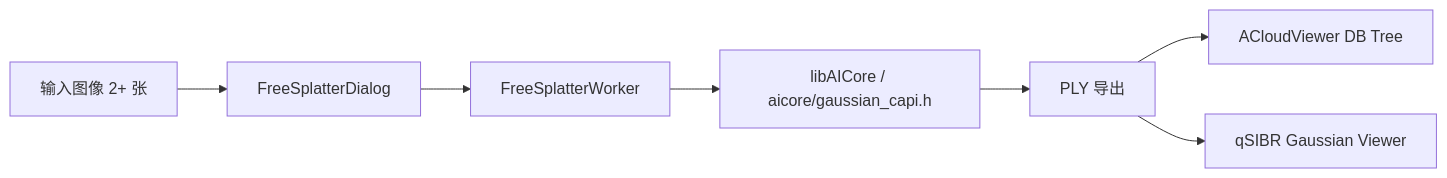
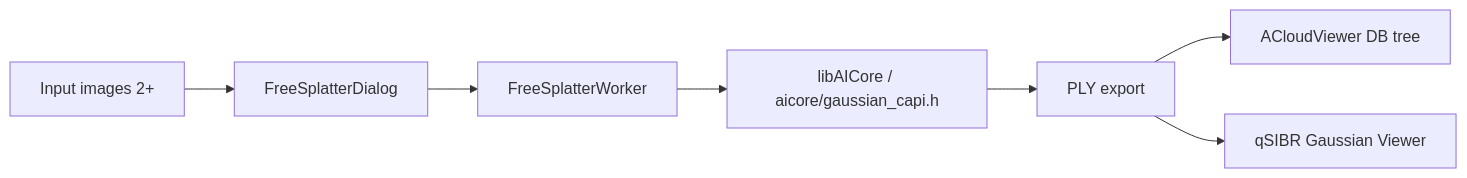
Before and after one commit to Asher-1/ACloudViewer: the first of 2 diagrams in plugins/core/Standard/qFreeSplatter/README.md, drawn with Mermaid. The commit also changed other lines of this file and 74 other files, not shown here.

````diff
--- a/plugins/core/Standard/qFreeSplatter/README.md
+++ b/plugins/core/Standard/qFreeSplatter/README.md
@@ -15,9 +17,9 @@
 ```mermaid
 flowchart LR
-    IMG[输入图像 2+ 张] --> UI[FreeSplatterDialog]
+    IMG[Input images 2+] --> UI[FreeSplatterDialog]
     UI --> WRK[FreeSplatterWorker]
     WRK --> AI[libAICore / aicore/gaussian_capi.h]
-    AI --> PLY[PLY 导出]
-    PLY --> DB[ACloudViewer DB Tree]
+    AI --> PLY[PLY export]
+    PLY --> DB[ACloudViewer DB tree]
     PLY --> SIBR[qSIBR Gaussian Viewer]
 ```
````
